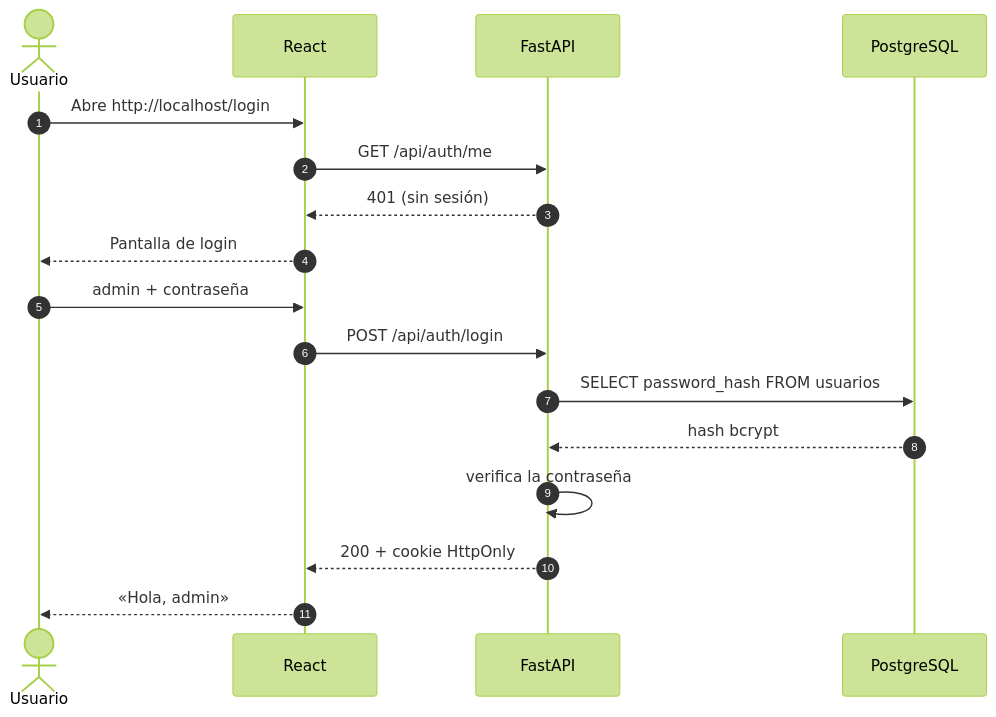
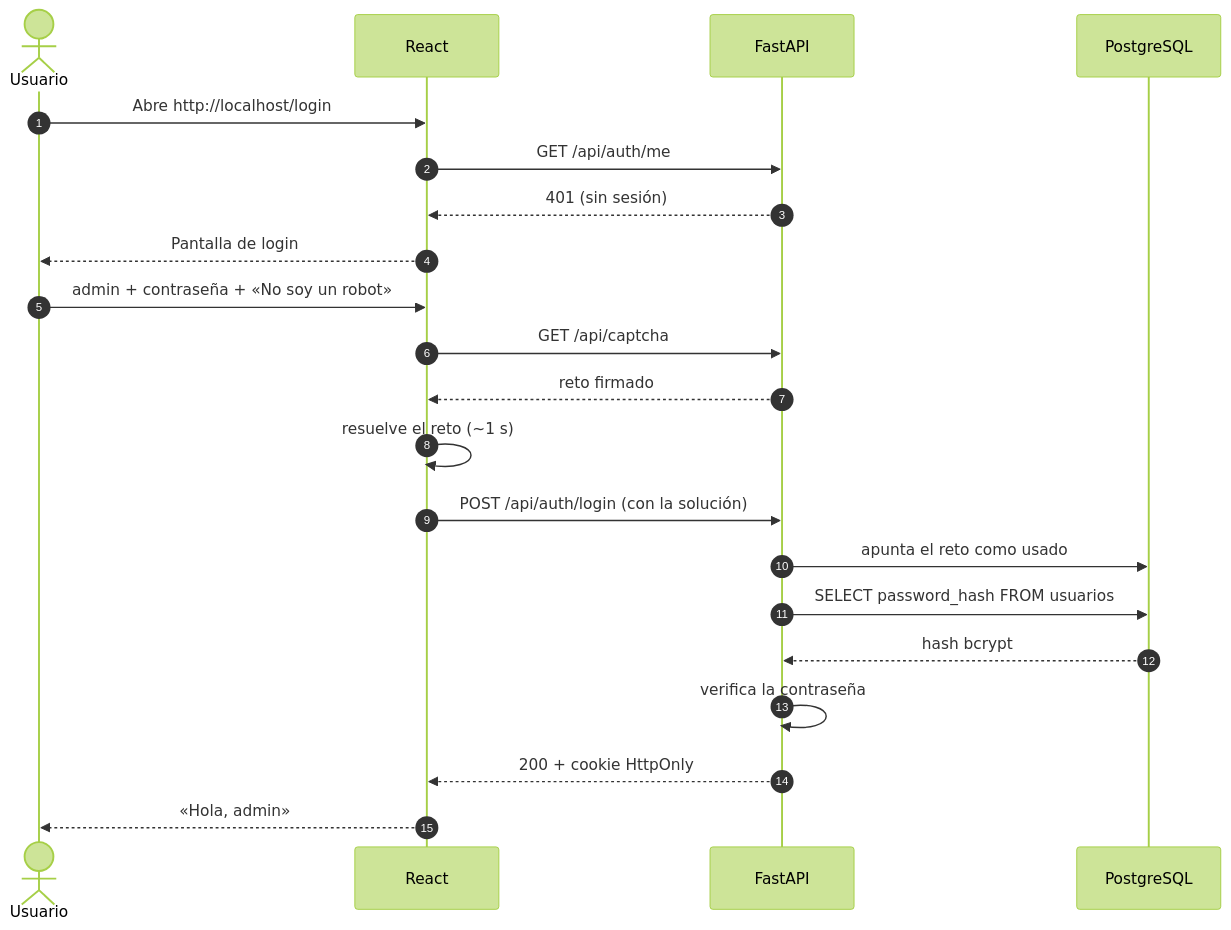
The second of 2 diagrams in README.md (rubenrodriguezcds/practicas-unileon-2026), drawn with Mermaid (forest theme) before and after one commit. The commit also changed other lines of this file, not shown here.

Commit message:
docs: README con variables, reseteo, captcha, correo y migraciones (Refs #4)

````diff
--- a/README.md
+++ b/README.md
@@ -129,20 +153,24 @@
 ```mermaid
 sequenceDiagram
     autonumber
     actor U as Usuario
     participant F as React
     participant A as FastAPI
     participant D as PostgreSQL
 
     U->>F: Abre http://localhost/login
     F->>A: GET /api/auth/me
     A-->>F: 401 (sin sesión)
     F-->>U: Pantalla de login
-    U->>F: admin + contraseña
-    F->>A: POST /api/auth/login
+    U->>F: admin + contraseña + «No soy un robot»
+    F->>A: GET /api/captcha
+    A-->>F: reto firmado
+    F->>F: resuelve el reto (~1 s)
+    F->>A: POST /api/auth/login (con la solución)
+    A->>D: apunta el reto como usado
     A->>D: SELECT password_hash FROM usuarios
     D-->>A: hash bcrypt
     A->>A: verifica la contraseña
     A-->>F: 200 + cookie HttpOnly
     F-->>U: «Hola, admin»
 ```
````
